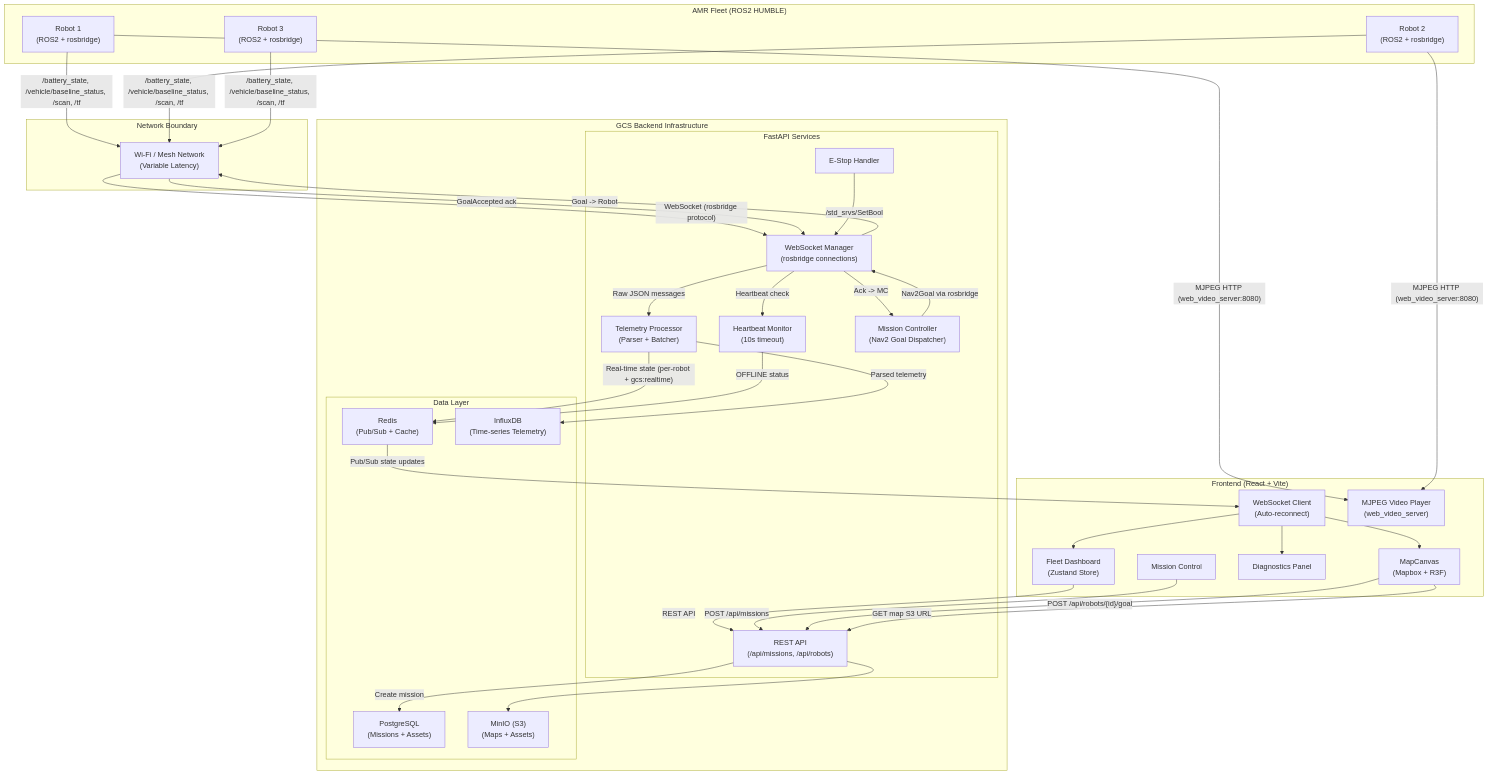
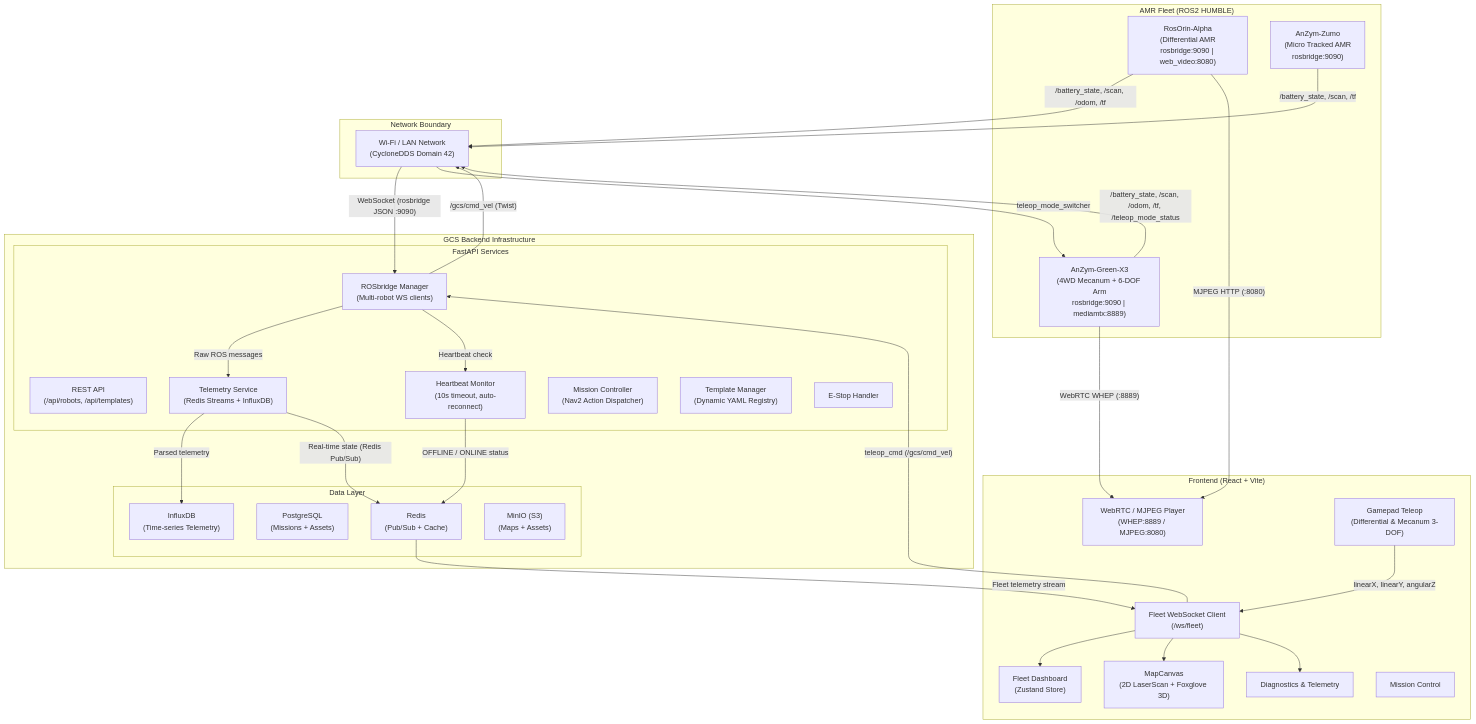
The diagram in docs/architecture.md (pcarff/anzym_gcs), drawn with Mermaid before and after one commit. The commit also changed 17 other files, not shown here.

Commit message:
feat(gcs): integrate AnZym Green X3 Plus, 3-DOF Mecanum teleop, WebRTC/WHEP streaming, and audio cues

````diff
--- a/docs/architecture.md
+++ b/docs/architecture.md
@@ -5,80 +5,69 @@
 ```mermaid
 graph TD
     subgraph "AMR Fleet (ROS2 HUMBLE)"
-        R1["Robot 1<br/>(ROS2 + rosbridge)"]
-        R2["Robot 2<br/>(ROS2 + rosbridge)"]
-        R3["Robot 3<br/>(ROS2 + rosbridge)"]
+        R1["RosOrin-Alpha<br/>(Differential AMR<br/>rosbridge:9090 | web_video:8080)"]
+        R2["AnZym-Green-X3<br/>(4WD Mecanum + 6-DOF Arm<br/>rosbridge:9090 | mediamtx:8889)"]
+        R3["AnZym-Zumo<br/>(Micro Tracked AMR<br/>rosbridge:9090)"]
     end
 
     subgraph "Network Boundary"
-        WiFi["Wi-Fi / Mesh Network<br/>(Variable Latency)"]
+        WiFi["Wi-Fi / LAN Network<br/>(CycloneDDS Domain 42)"]
     end
 
     subgraph "GCS Backend Infrastructure"
         subgraph "FastAPI Services"
-            WS["WebSocket Manager<br/>(rosbridge connections)"]
-            API["REST API<br/>(/api/missions, /api/robots)"]
-            TELEM["Telemetry Processor<br/>(Parser + Batcher)"]
-            HB["Heartbeat Monitor<br/>(10s timeout)"]
-            MC["Mission Controller<br/>(Nav2 Goal Dispatcher)"]
+            WS["ROSbridge Manager<br/>(Multi-robot WS clients)"]
+            API["REST API<br/>(/api/robots, /api/templates)"]
+            TELEM["Telemetry Service<br/>(Redis Streams + InfluxDB)"]
+            HB["Heartbeat Monitor<br/>(10s timeout, auto-reconnect)"]
+            MC["Mission Controller<br/>(Nav2 Action Dispatcher)"]
+            TM["Template Manager<br/>(Dynamic YAML Registry)"]
             ESTOP["E-Stop Handler"]
         end
 
         subgraph "Data Layer"
             REDIS["Redis<br/>(Pub/Sub + Cache)"]
             PG["PostgreSQL<br/>(Missions + Assets)"]
             INFLUX["InfluxDB<br/>(Time-series Telemetry)"]
             MINIO["MinIO (S3)<br/>(Maps + Assets)"]
         end
     end
 
     subgraph "Frontend (React + Vite)"
         DASH["Fleet Dashboard<br/>(Zustand Store)"]
-        MAP["MapCanvas<br/>(Mapbox + R3F)"]
-        DIAG["Diagnostics Panel"]
+        MAP["MapCanvas<br/>(2D LaserScan + Foxglove 3D)"]
+        DIAG["Diagnostics & Telemetry"]
         MISSION["Mission Control"]
-        WS_CLIENT["WebSocket Client<br/>(Auto-reconnect)"]
-        VIDEO["MJPEG Video Player<br/>(web_video_server)"]
+        WS_CLIENT["Fleet WebSocket Client<br/>(/ws/fleet)"]
+        VIDEO["WebRTC / MJPEG Player<br/>(WHEP:8889 / MJPEG:8080)"]
+        TELEOP["Gamepad Teleop<br/>(Differential & Mecanum 3-DOF)"]
     end
 
     %% Data Flow: Robot -> Backend
-    R1 -->|"/battery_state, /vehicle/baseline_status, /scan, /tf"| WiFi
-    R2 -->|"/battery_state, /vehicle/baseline_status, /scan, /tf"| WiFi
-    R3 -->|"/battery_state, /vehicle/baseline_status, /scan, /tf"| WiFi
-    WiFi -->|"WebSocket (rosbridge protocol)"| WS
+    R1 -->|"/battery_state, /scan, /odom, /tf"| WiFi
+    R2 -->|"/battery_state, /scan, /odom, /tf, /teleop_mode_status"| WiFi
+    R3 -->|"/battery_state, /scan, /tf"| WiFi
+    WiFi -->|"WebSocket (rosbridge JSON :9090)"| WS
 
-    WS -->|"Raw JSON messages"| TELEM
+    WS -->|"Raw ROS messages"| TELEM
     TELEM -->|"Parsed telemetry"| INFLUX
-    TELEM -->|"Real-time state (per-robot + gcs:realtime)"| REDIS
-    HB -->|"OFFLINE status"| REDIS
+    TELEM -->|"Real-time state (Redis Pub/Sub)"| REDIS
+    HB -->|"OFFLINE / ONLINE status"| REDIS
     WS -->|"Heartbeat check"| HB
 
-    %% Mission Control Flow
-    API -->|"Create mission"| PG
-    MC -->|"Nav2Goal via rosbridge"| WS
-    WS -->|"Goal -> Robot"| WiFi
-    WiFi -->|"GoalAccepted ack"| WS
-    WS -->|"Ack -> MC"| MC
-
-    %% E-Stop Flow
-    ESTOP -->|"/std_srvs/SetBool"| WS
+    %% Teleop Flow
+    TELEOP -->|"linearX, linearY, angularZ"| WS_CLIENT
+    WS_CLIENT -->|"teleop_cmd (/gcs/cmd_vel)"| WS
+    WS -->|"/gcs/cmd_vel (Twist)"| WiFi
+    WiFi -->|"teleop_mode_switcher"| R2
 
     %% Redis -> Frontend
-    REDIS -->|"Pub/Sub state updates"| WS_CLIENT
+    REDIS -->|"Fleet telemetry stream"| WS_CLIENT
     WS_CLIENT --> DASH
     WS_CLIENT --> MAP
     WS_CLIENT --> DIAG
 
-    %% Frontend -> Backend
-    DASH -->|"REST API"| API
-    MISSION -->|"POST /api/missions"| API
-    MAP -->|"POST /api/robots/{id}/goal"| API
-
-    %% Video via MJPEG (direct robot -> frontend)
-    R1 -->|"MJPEG HTTP (web_video_server:8080)"| VIDEO
-    R2 -->|"MJPEG HTTP (web_video_server:8080)"| VIDEO
-
-    %% Map storage
-    MAP -->|"GET map S3 URL"| API
-    API --> MINIO
+    %% Direct Video Streams
+    R2 -->|"WebRTC WHEP (:8889)"| VIDEO
+    R1 -->|"MJPEG HTTP (:8080)"| VIDEO
 ```
````
